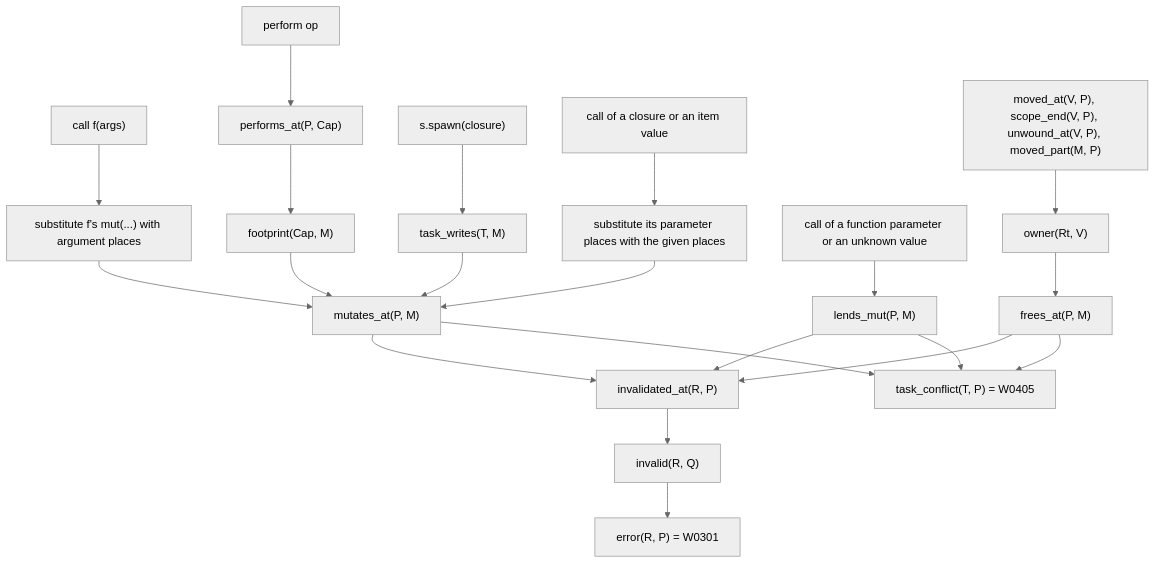
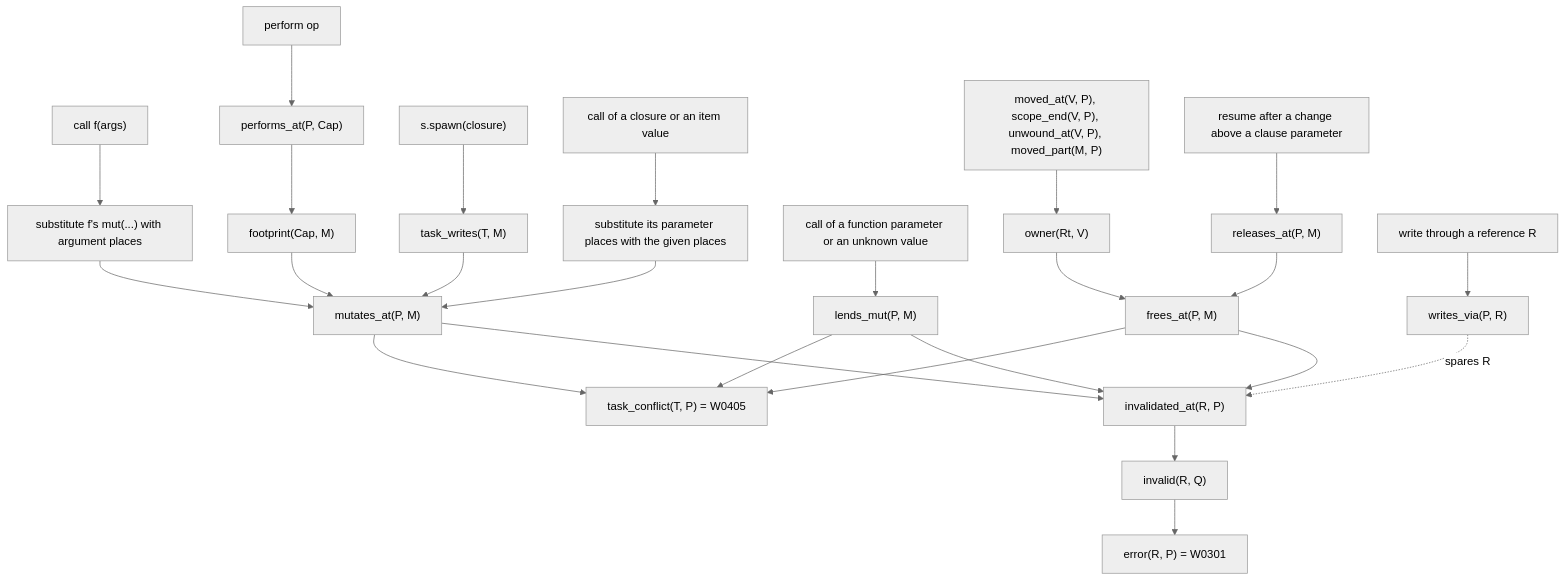
The second of 3 diagrams in docs/architecture.md (madmax983/weft), drawn with Mermaid (neutral theme) before and after one commit. The commit also changed 25 other files, not shown here.

````diff
--- a/docs/architecture.md
+++ b/docs/architecture.md
@@ -25,13 +25,15 @@
 ```mermaid
 flowchart TD
     call["call f(args)"] --> subst["substitute f's mut(...) with argument places"] --> mut["mutates_at(P, M)"]
     perform["perform op"] --> cap["performs_at(P, Cap)"] --> fp["footprint(Cap, M)"] --> mut
     spawn["s.spawn(closure)"] --> tw["task_writes(T, M)"] --> mut
     value["call of a closure or an item value"] --> given["substitute its parameter places with the given places"] --> mut
     unknown["call of a function parameter or an unknown value"] --> lend["lends_mut(P, M)"] --> inv
     lend --> tc
     mut --> inv["invalidated_at(R, P)"] --> invalid["invalid(R, Q)"] --> err["error(R, P) = W0301"]
     drop["moved_at(V, P), scope_end(V, P), unwound_at(V, P), moved_part(M, P)"] --> own["owner(Rt, V)"] --> frees["frees_at(P, M)"] --> inv
+    resume["resume after a change above a clause parameter"] --> rel["releases_at(P, M)"] --> frees
+    via["write through a reference R"] --> wv["writes_via(P, R)"] -. "spares R" .-> inv
     frees --> tc["task_conflict(T, P) = W0405"]
     mut --> tc
 ```
````
